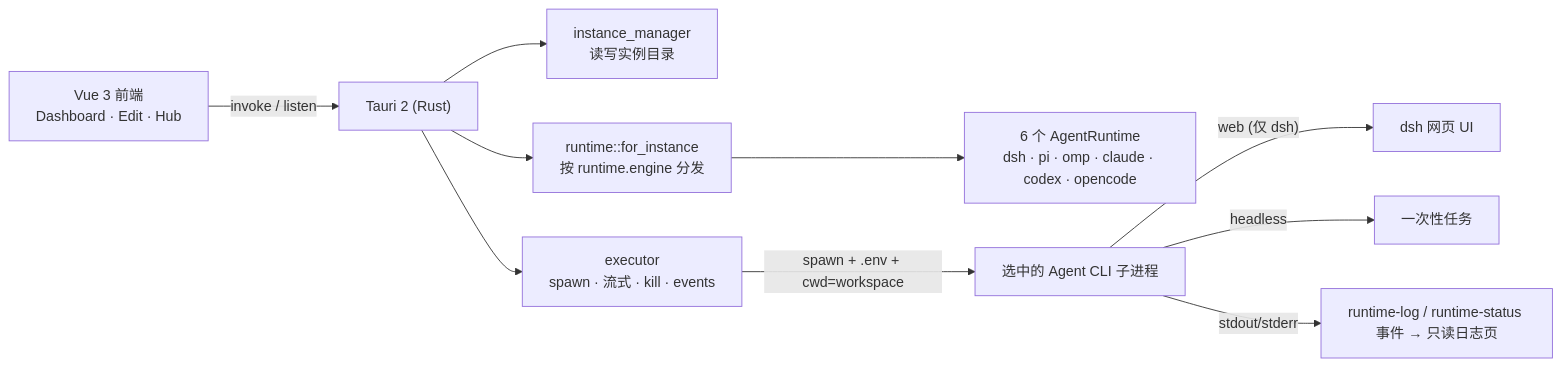
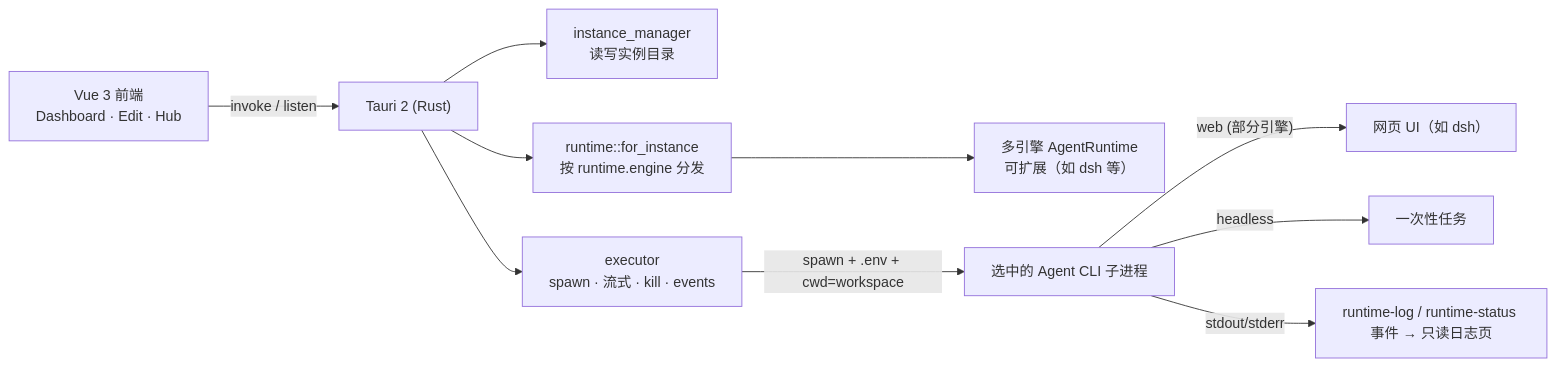
Before and after one commit to lildengzi/agentLauncher: the diagram in docs/wiki/Architecture.md, drawn with Mermaid. The commit also changed other lines of this file and 9 other files, not shown here.

````diff
--- a/docs/wiki/Architecture.md
+++ b/docs/wiki/Architecture.md
@@ -7,12 +7,12 @@
 ```mermaid
 flowchart LR
   UI["Vue 3 前端<br/>Dashboard · Edit · Hub"] -- invoke / listen --> Core["Tauri 2 (Rust)"]
   Core --> IM["instance_manager<br/>读写实例目录"]
   Core --> EX["executor<br/>spawn · 流式 · kill · events"]
   Core --> RT["runtime::for_instance<br/>按 runtime.engine 分发"]
-  RT --> R6["6 个 AgentRuntime<br/>dsh · pi · omp · claude · codex · opencode"]
+  RT --> R6["多引擎 AgentRuntime<br/>可扩展（如 dsh 等）"]
   EX -- "spawn + .env + cwd=workspace" --> CLI["选中的 Agent CLI 子进程"]
-  CLI -- "web (仅 dsh)" --> Web["dsh 网页 UI"]
+  CLI -- "web (部分引擎)" --> Web["网页 UI（如 dsh）"]
   CLI -- headless --> Task["一次性任务"]
   CLI -- "stdout/stderr" --> Log["runtime-log / runtime-status 事件 → 只读日志页"]
 ```
````
